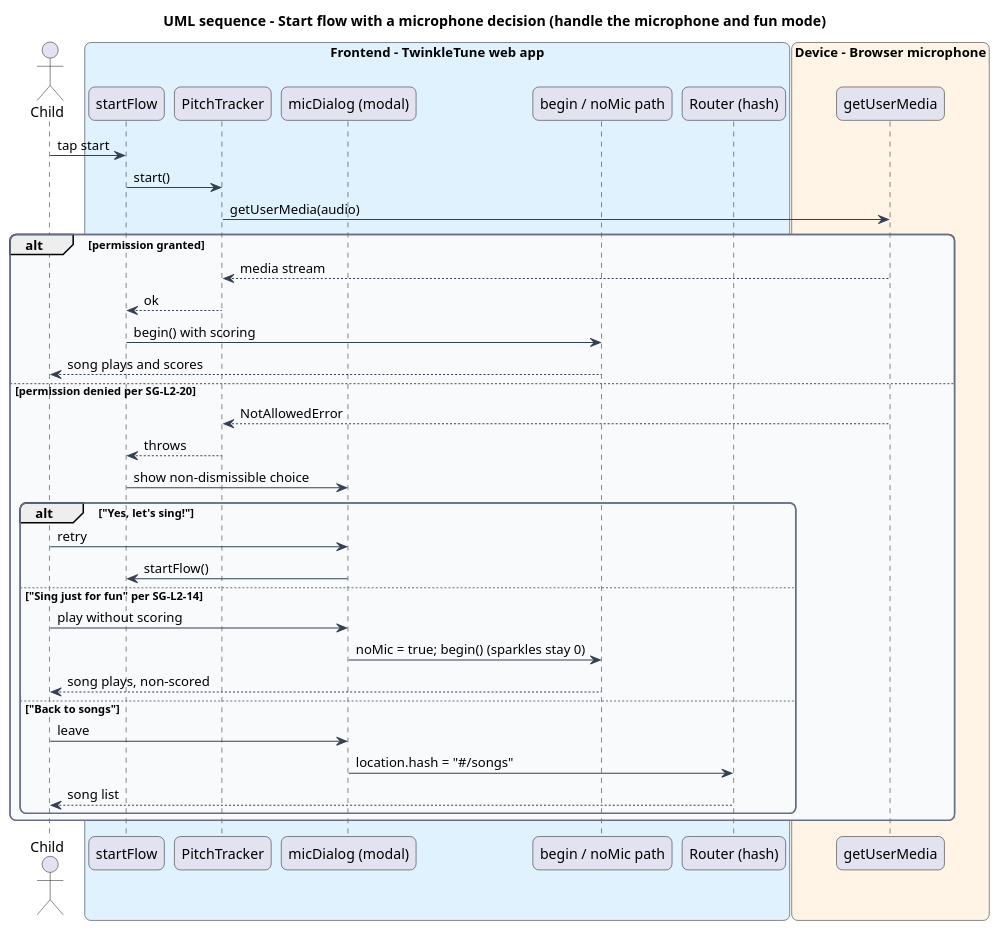
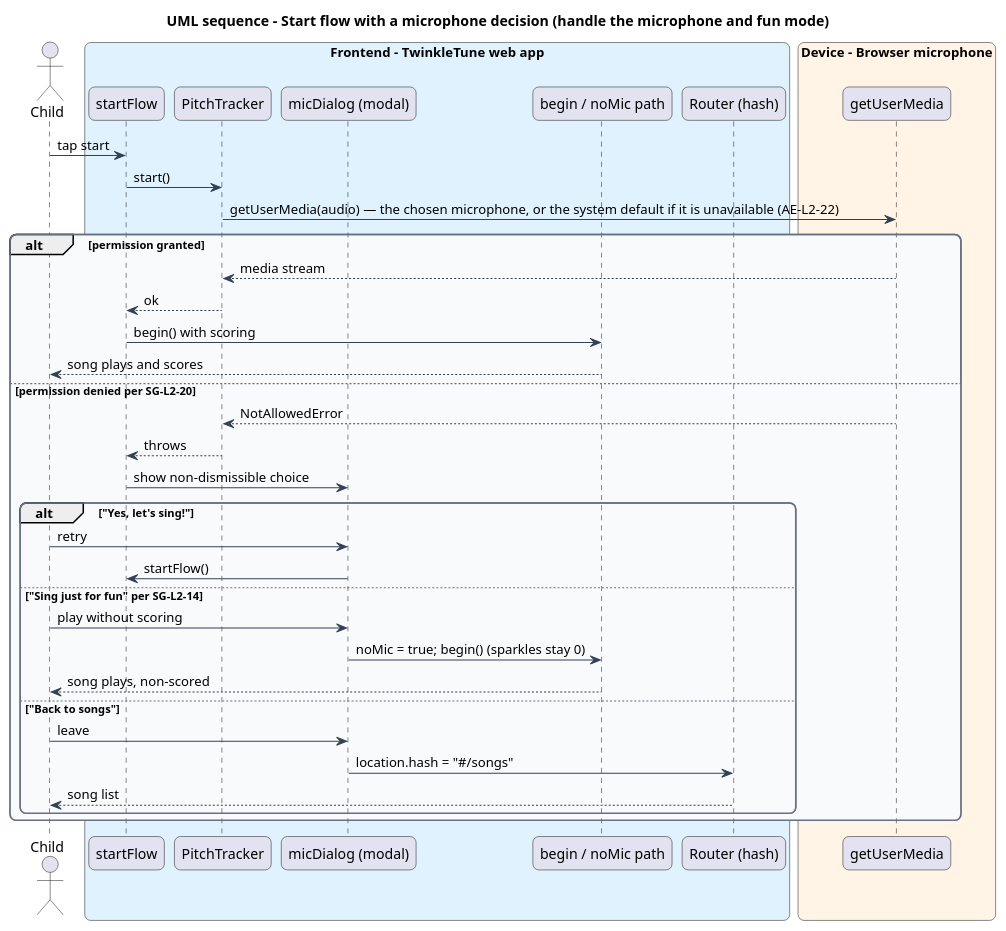
The diagram in docs/detailed-designs/singing-gameplay/handle-mic-and-fun-mode/diagrams/sequence-start-mic-decision.puml (QuinntyneBrown/TwinkleTune), drawn with PlantUML before and after one commit. The commit also changed 35 other files, not shown here.

```diff
--- a/docs/detailed-designs/singing-gameplay/handle-mic-and-fun-mode/diagrams/sequence-start-mic-decision.puml
+++ b/docs/detailed-designs/singing-gameplay/handle-mic-and-fun-mode/diagrams/sequence-start-mic-decision.puml
@@ -1,54 +1,54 @@
 @startuml
 title UML sequence - Start flow with a microphone decision (handle the microphone and fun mode)
 skinparam backgroundColor #FFFFFF
 skinparam shadowing false
 skinparam roundcorner 12
 skinparam defaultFontName Arial
 skinparam ArrowColor #344054
 skinparam rectangle {
   BorderColor #344054
   FontColor #101828
 }
 skinparam package {
   BorderColor #667085
   FontColor #101828
   BackgroundColor #F9FAFB
 }
 actor "Child" as child
 box "Frontend - TwinkleTune web app" #E0F2FE
   participant "startFlow" as flow
   participant "PitchTracker" as tracker
   participant "micDialog (modal)" as dialog
   participant "begin / noMic path" as begin
   participant "Router (hash)" as router
 end box
 box "Device - Browser microphone" #FFF4E5
   participant "getUserMedia" as mic
 end box
 
 child -> flow : tap start
 flow -> tracker : start()
-tracker -> mic : getUserMedia(audio)
+tracker -> mic : getUserMedia(audio) — the chosen microphone, or the system default if it is unavailable (AE-L2-22)
 alt permission granted
   mic --> tracker : media stream
   tracker --> flow : ok
   flow -> begin : begin() with scoring
   begin --> child : song plays and scores
 else permission denied per SG-L2-20
   mic --> tracker : NotAllowedError
   tracker --> flow : throws
   flow -> dialog : show non-dismissible choice
   alt "Yes, let's sing!"
     child -> dialog : retry
     dialog -> flow : startFlow()
   else "Sing just for fun" per SG-L2-14
     child -> dialog : play without scoring
     dialog -> begin : noMic = true; begin() (sparkles stay 0)
     begin --> child : song plays, non-scored
   else "Back to songs"
     child -> dialog : leave
     dialog -> router : location.hash = "#/songs"
     router --> child : song list
   end
 end
 @enduml
```
